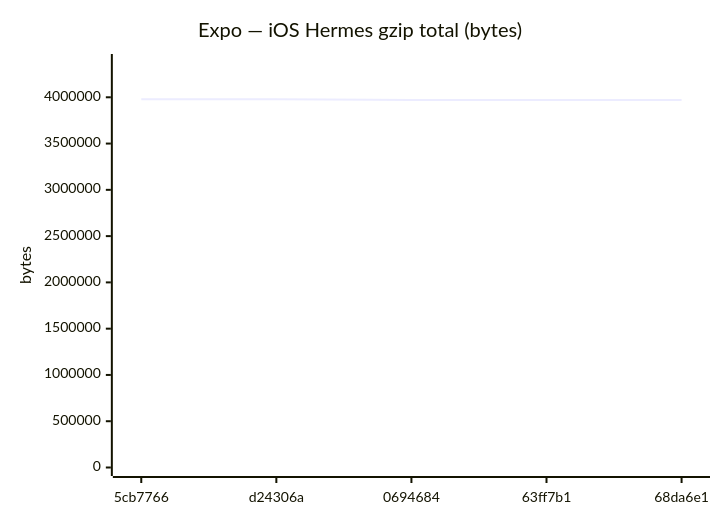
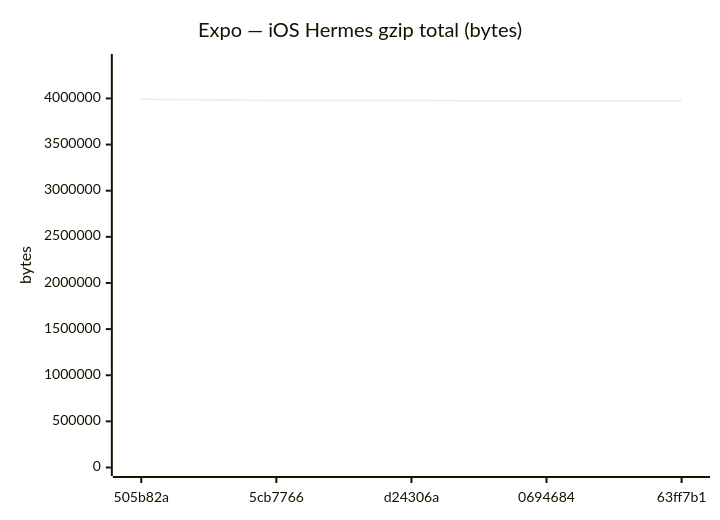
Before and after one commit to Metaheurist/Rianell: diagram 12 of 18 in benchmarks/compare.md, drawn with Mermaid. The commit also changed other lines of this file and 11 other files, not shown here.

````diff
--- a/benchmarks/compare.md
+++ b/benchmarks/compare.md
@@ -179,7 +179,7 @@
 ```mermaid
 xychart-beta
     title "Expo — iOS Hermes gzip total (bytes)"
-    x-axis ["5cb7766", "d24306a", "0694684", "63ff7b1", "68da6e1"]
-    y-axis "bytes" 0 --> 4375840
-    line [3978033, 3978036, 3971946, 3971945, 3971946]
+    x-axis ["505b82a", "5cb7766", "d24306a", "0694684", "63ff7b1"]
+    y-axis "bytes" 0 --> 4389423
+    line [3990384, 3978033, 3978036, 3971946, 3971945]
 ```
````
